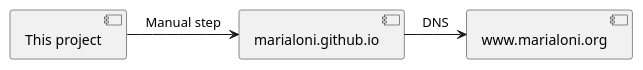
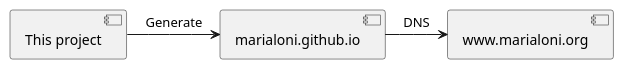
The diagram in marialoni.iuml (rednaw/site), drawn with PlantUML before and after one commit.

```diff
--- a/marialoni.iuml
+++ b/marialoni.iuml
@@ -1,8 +1,8 @@
 @startuml
 [This project]
 [marialoni.github.io]
 [www.marialoni.org]
 
-[This project] -> marialoni.github.io : Manual step
+[This project] -> marialoni.github.io : Generate
 marialoni.github.io -> www.marialoni.org : DNS
 @enduml
```
